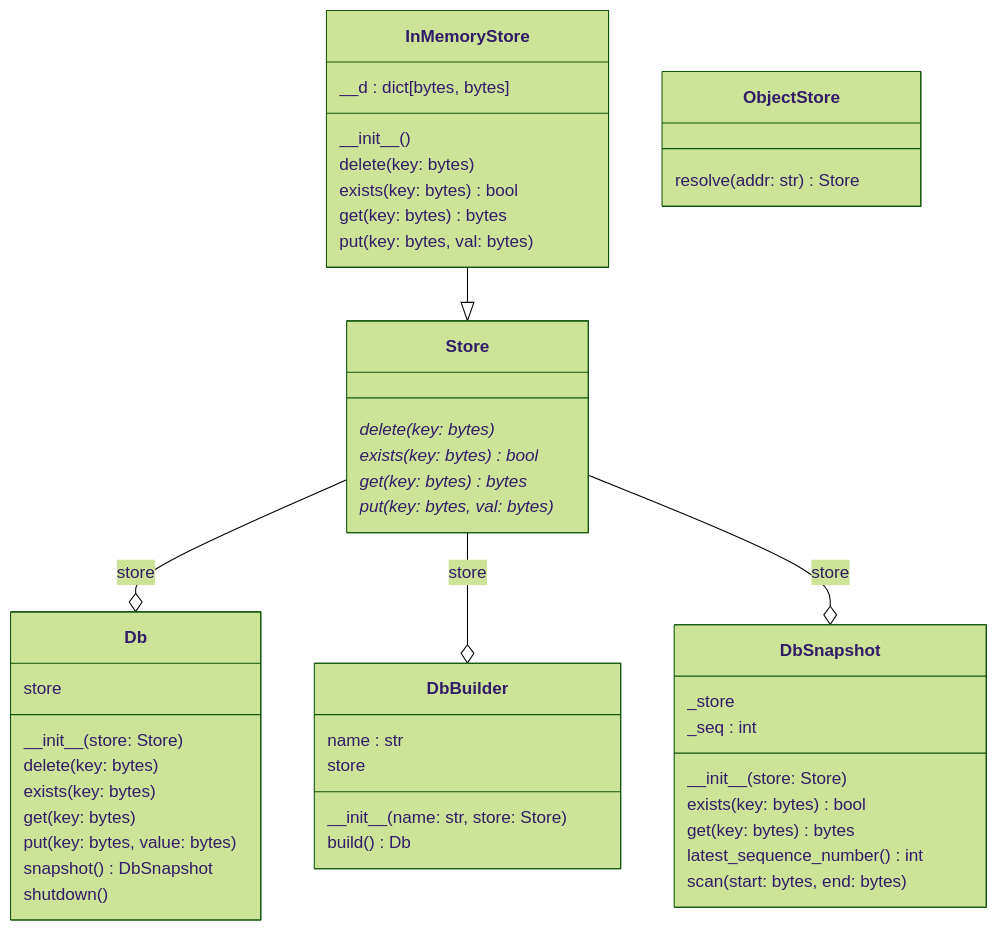
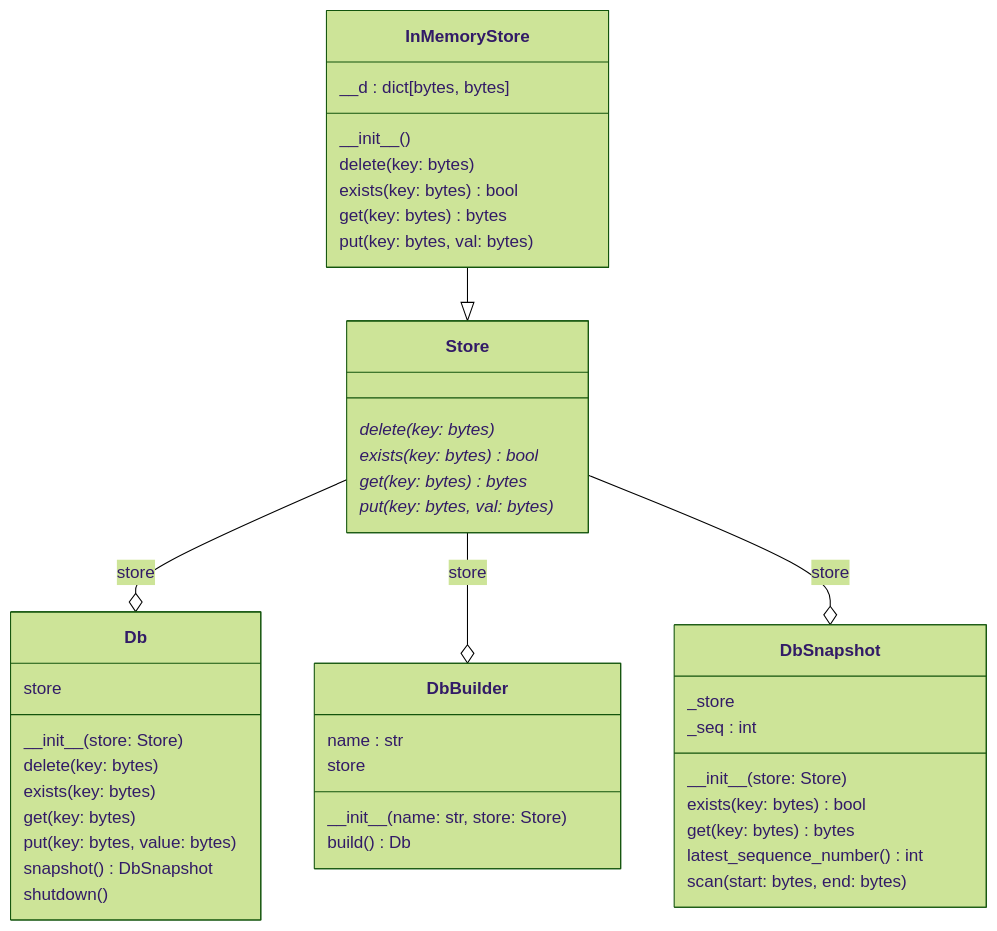
The diagram in README.md (ShikoteiCoding/cailloudb), drawn with Mermaid (forest theme) before and after one commit. The commit also changed other lines of this file and 7 other files, not shown here.

````diff
--- a/README.md
+++ b/README.md
@@ -37,50 +42,46 @@
 ```mermaid
 classDiagram
   class Db {
     store
     \_\_init\_\_(store: Store)
     delete(key: bytes)
     exists(key: bytes)
     get(key: bytes)
     put(key: bytes, value: bytes)
     snapshot() DbSnapshot
     shutdown()
   }
   class DbBuilder {
     name : str
     store
     \_\_init\_\_(name: str, store: Store)
     build() Db
   }
   class DbSnapshot {
     \_store
     \_seq : int
     \_\_init\_\_(store: Store)
     exists(key: bytes) bool
     get(key: bytes) bytes
     latest_sequence_number() int
     scan(start: bytes, end: bytes)
   }
   class InMemoryStore {
     \_\_d : dict[bytes, bytes]
     \_\_init\_\_()
     delete(key: bytes)
     exists(key: bytes) bool
     get(key: bytes) bytes
     put(key: bytes, val: bytes)
   }
-  class ObjectStore {
-    resolve(addr: str) Store
-  }
   class Store {
     delete(key: bytes)*
     exists(key: bytes)* bool
     get(key: bytes)* bytes
     put(key: bytes, val: bytes)*
   }
   InMemoryStore --|> Store
   Store --o Db : store
   Store --o DbBuilder : store
   Store --o DbSnapshot : store
-
 ```
````
